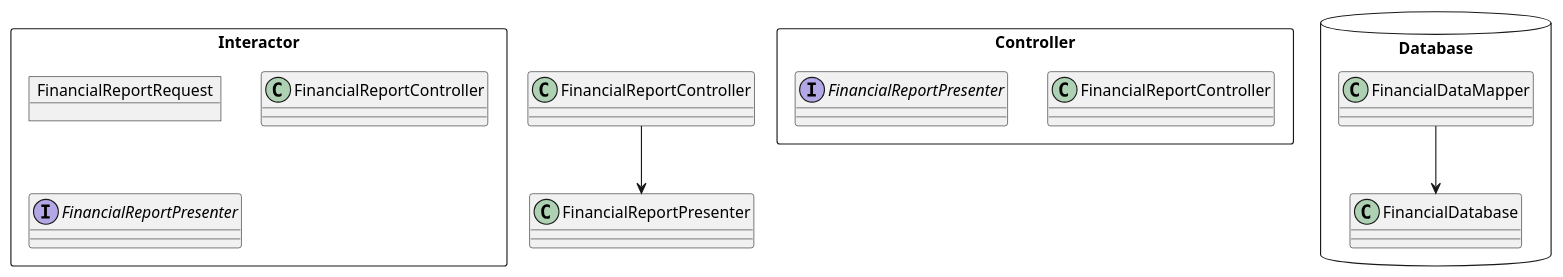
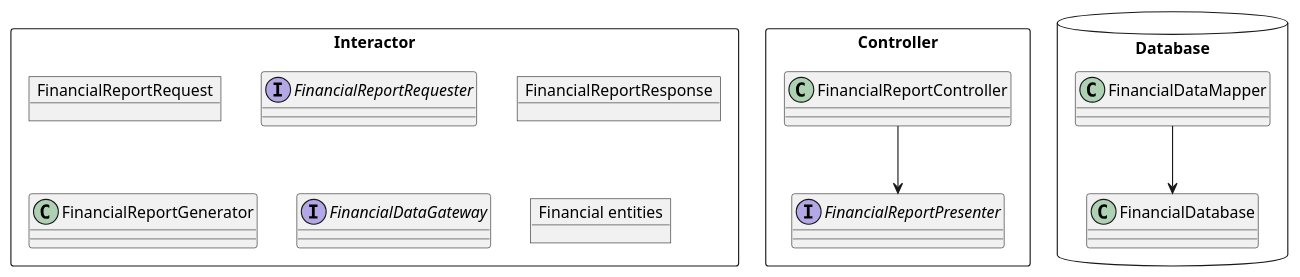
One commit to huland/logseq-notes changed the third of 3 diagrams in pages/Robert C. Martin - Clean Architecture A Craftsman's Guide to Software Structure and Design.md. Above: the diagram before and after it, drawn with PlantUML.

Commit message:
Auto saved by Logseq

```diff
--- a/pages/Robert C. Martin - Clean Architecture A Craftsman's Guide to Software Structure and Design.md
+++ b/pages/Robert C. Martin - Clean Architecture A Craftsman's Guide to Software Structure and Design.md
@@ -203,23 +203,25 @@
 				  @startuml
 				  
 				  rectangle Interactor {
 				    object FinancialReportRequest
-				  
-				    class FinancialReportController 
-				    interface FinancialReportPresenter
+				    interface FinancialReportRequester
+				    object FinancialReportResponse
+				    class FinancialReportGenerator
+				    interface FinancialDataGateway
+				    object "Financial entities" as FinancialEntities
 				  }
 				  
 				  rectangle Controller {
 				    class FinancialReportController 
 				    interface FinancialReportPresenter
 				  }
 				  database Database {
 				    class FinancialDataMapper 
 				    class FinancialDatabase
 				  }
 				  
 				  
 				  FinancialReportController --> FinancialReportPresenter
 				  
 				  FinancialDataMapper --> FinancialDatabase
 				  @enduml
```
